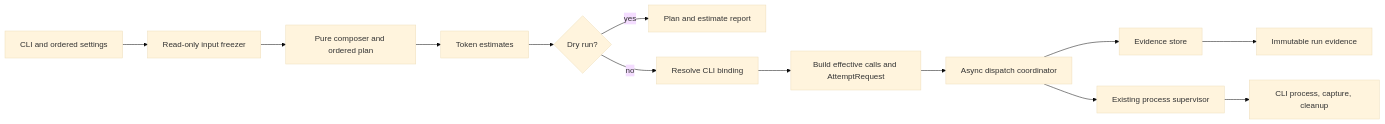
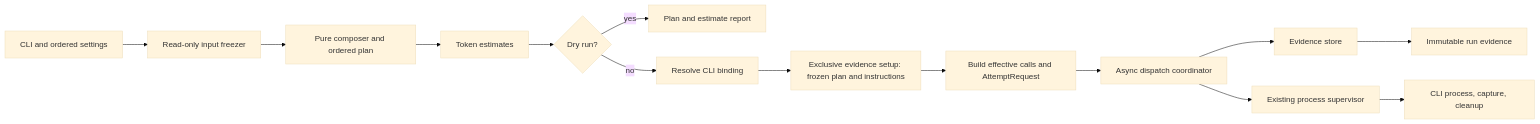
One commit to msitarz/ataraxia changed the diagram in doc/feat/reviewer/engineering/evaluation/evaluation-harness/architecture.md. Above: the diagram before and after it, drawn with Mermaid (base theme). The commit also changed other lines of this file and 1 other file, not shown here.

Commit message:
fix(evaluation-harness): bind run evidence before dispatch

````diff
--- a/doc/feat/reviewer/engineering/evaluation/evaluation-harness/architecture.md
+++ b/doc/feat/reviewer/engineering/evaluation/evaluation-harness/architecture.md
@@ -205,15 +226,16 @@
 ```mermaid
 flowchart LR
     CLI[CLI and ordered settings] --> PREP[Read-only input freezer]
     PREP --> PLAN[Pure composer and ordered plan]
     PLAN --> EST[Token estimates]
     EST --> DRY{Dry run?}
     DRY -->|yes| REPORT[Plan and estimate report]
     DRY -->|no| BIND[Resolve CLI binding]
-    BIND --> REQUEST[Build effective calls and AttemptRequest]
+    BIND --> INIT[Exclusive evidence setup: frozen plan and instructions]
+    INIT --> REQUEST[Build effective calls and AttemptRequest]
     REQUEST --> COORD[Async dispatch coordinator]
     COORD --> STORE[Evidence store]
     COORD --> SUP[Existing process supervisor]
     SUP --> OS[CLI process, capture, cleanup]
     STORE --> RUN[Immutable run evidence]
 ```
````
